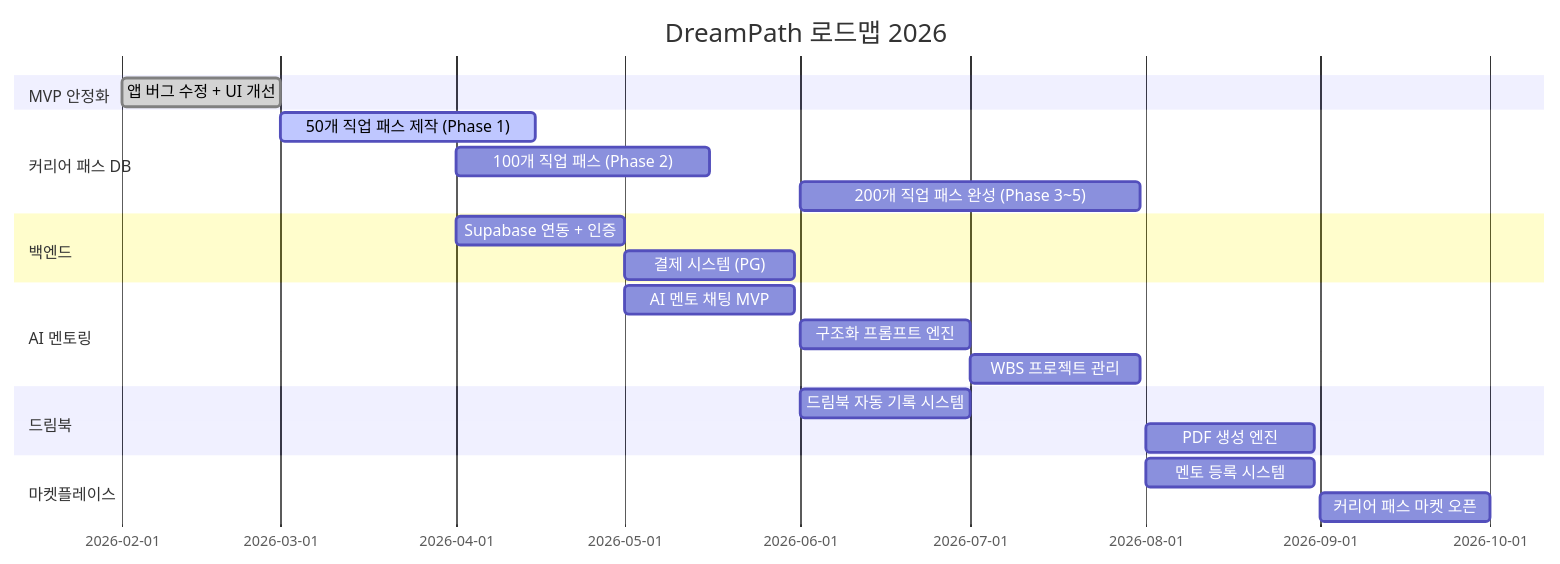
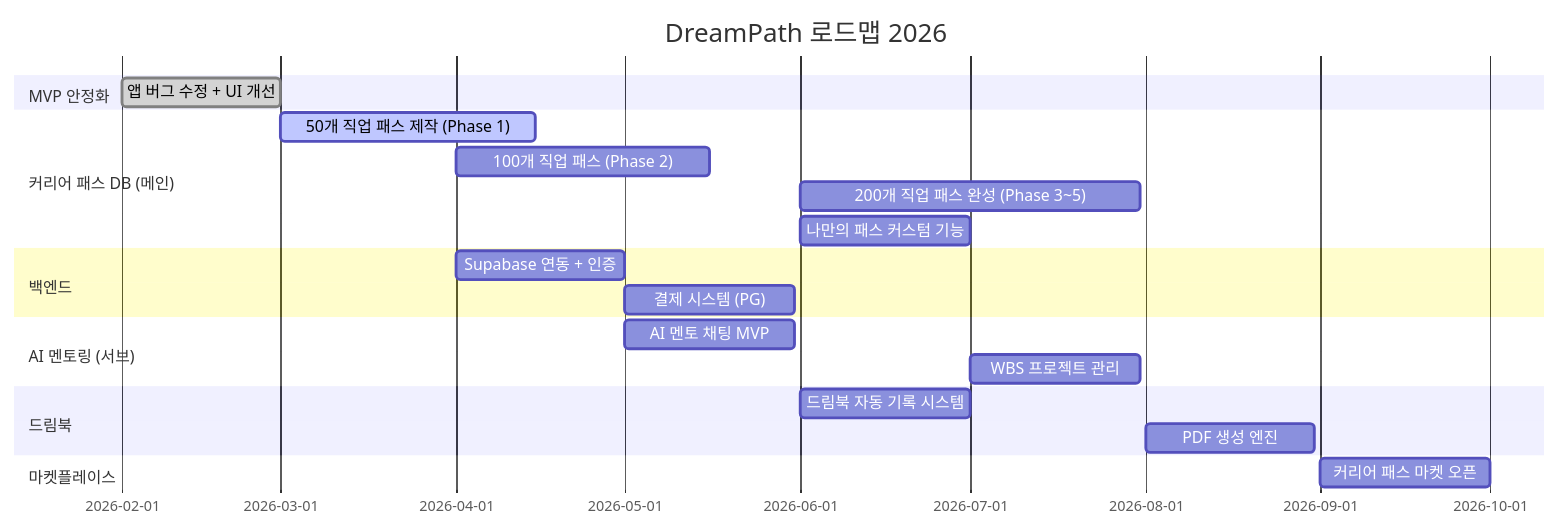
Before and after one commit to Collegenie-X/AI-career-path: the seventh of 7 diagrams in INVESTMENT_PROPOSAL.md, drawn with Mermaid. The commit also changed other lines of this file and 9 other files, not shown here.

````diff
--- a/INVESTMENT_PROPOSAL.md
+++ b/INVESTMENT_PROPOSAL.md
@@ -823,24 +563,23 @@
 ```mermaid
 gantt
     title DreamPath 로드맵 2026
     dateFormat  YYYY-MM
     section MVP 안정화
     앱 버그 수정 + UI 개선          :done, 2026-02, 28d
-    section 커리어 패스 DB
+    section 커리어 패스 DB (메인)
     50개 직업 패스 제작 (Phase 1)    :active, 2026-03, 45d
     100개 직업 패스 (Phase 2)       :2026-04, 45d
     200개 직업 패스 완성 (Phase 3~5) :2026-06, 60d
+    나만의 패스 커스텀 기능           :2026-06, 30d
     section 백엔드
     Supabase 연동 + 인증            :2026-04, 30d
     결제 시스템 (PG)                :2026-05, 30d
-    section AI 멘토링
+    section AI 멘토링 (서브)
     AI 멘토 채팅 MVP                :2026-05, 30d
-    구조화 프롬프트 엔진             :2026-06, 30d
     WBS 프로젝트 관리               :2026-07, 30d
     section 드림북
     드림북 자동 기록 시스템          :2026-06, 30d
     PDF 생성 엔진                  :2026-08, 30d
     section 마켓플레이스
-    멘토 등록 시스템                :2026-08, 30d
     커리어 패스 마켓 오픈            :2026-09, 30d
 ```
````
